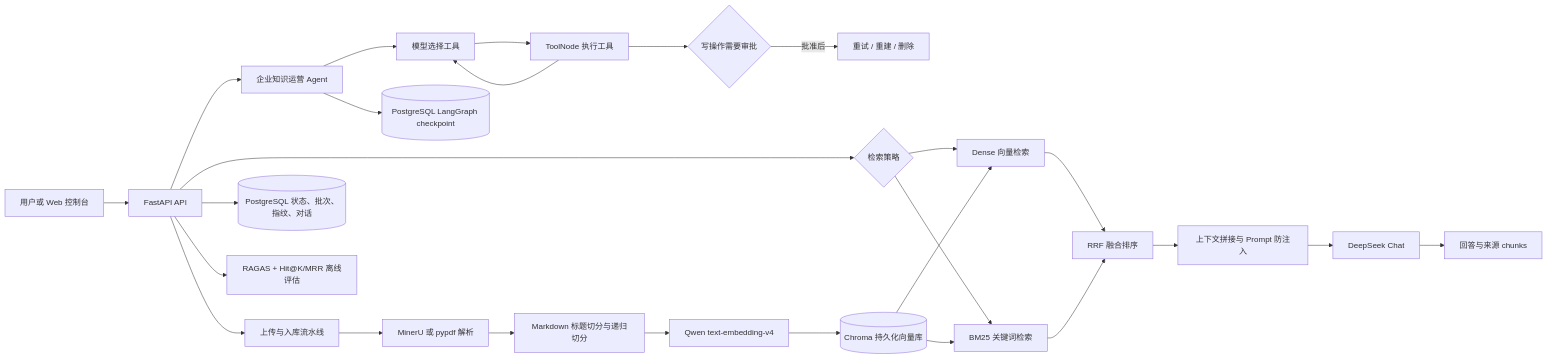
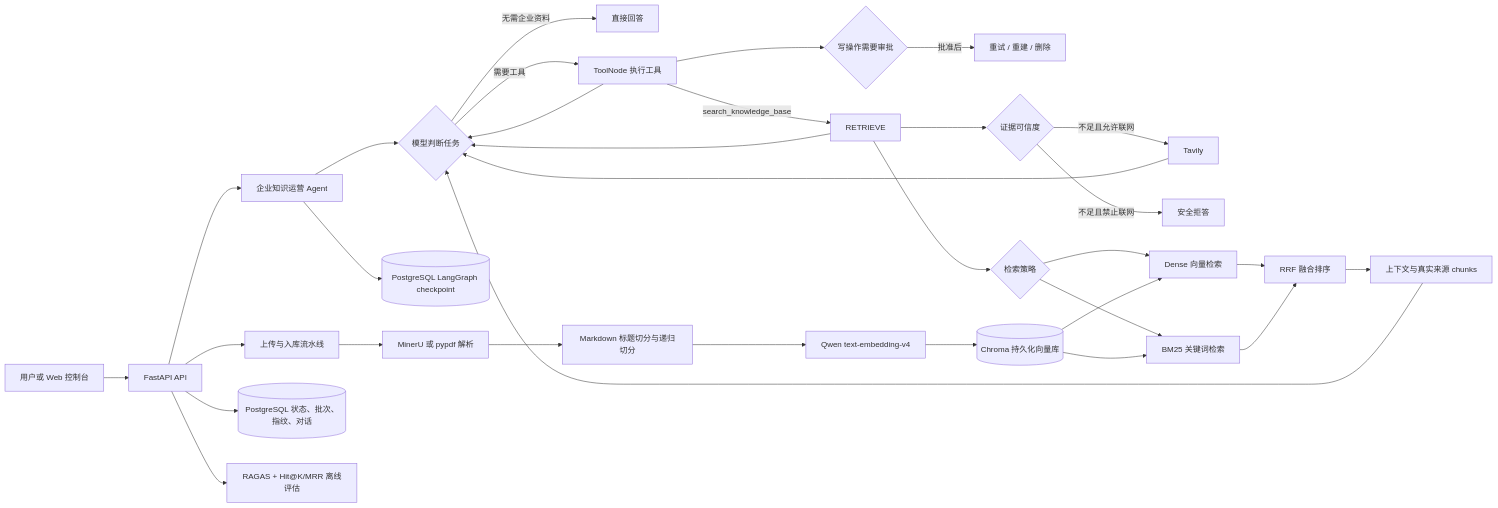
Before and after one commit to LutxOVO/enterprise-rag-agent: the diagram in README.md, drawn with Mermaid. The commit also changed other lines of this file and 14 other files, not shown here.

````diff
--- a/README.md
+++ b/README.md
@@ -13,28 +13,34 @@
 ```mermaid
 flowchart LR
     U[用户或 Web 控制台] --> API[FastAPI API]
     API --> AGENT[企业知识运营 Agent]
-    AGENT --> MODEL[模型选择工具]
-    MODEL --> TOOLS[ToolNode 执行工具]
+    AGENT --> MODEL{模型判断任务}
+    MODEL -->|无需企业资料| DIRECT[直接回答]
+    MODEL -->|需要工具| TOOLS[ToolNode 执行工具]
     TOOLS --> MODEL
     TOOLS --> APPROVAL{写操作需要审批}
     APPROVAL -->|批准后| EFFECT[重试 / 重建 / 删除]
+    TOOLS -->|search_knowledge_base| RETRIEVE
+    RETRIEVE --> MODEL
+    RETRIEVE --> CONF{证据可信度}
+    CONF -->|不足且允许联网| WEB[Tavily]
+    WEB --> MODEL
+    CONF -->|不足且禁止联网| REFUSE[安全拒答]
     AGENT --> CHECKPOINT[(PostgreSQL LangGraph checkpoint)]
     API --> INGEST[上传与入库流水线]
     INGEST --> PARSE[MinerU 或 pypdf 解析]
     PARSE --> SPLIT[Markdown 标题切分与递归切分]
     SPLIT --> EMB[Qwen text-embedding-v4]
     EMB --> CHROMA[(Chroma 持久化向量库)]
-    API --> RETRIEVE{检索策略}
-    RETRIEVE --> DENSE[Dense 向量检索]
-    RETRIEVE --> BM25[BM25 关键词检索]
+    RETRIEVE --> STRATEGY{检索策略}
+    STRATEGY --> DENSE[Dense 向量检索]
+    STRATEGY --> BM25[BM25 关键词检索]
     DENSE --> RRF[RRF 融合排序]
     BM25 --> RRF
     CHROMA --> DENSE
     CHROMA --> BM25
-    RRF --> PROMPT[上下文拼接与 Prompt 防注入]
-    PROMPT --> LLM[DeepSeek Chat]
-    LLM --> ANSWER[回答与来源 chunks]
+    RRF --> CONTEXT[上下文与真实来源 chunks]
+    CONTEXT --> MODEL
     API --> POSTGRES[(PostgreSQL 状态、批次、指纹、对话)]
     API --> EVAL[RAGAS + Hit@K/MRR 离线评估]
 ```
````
